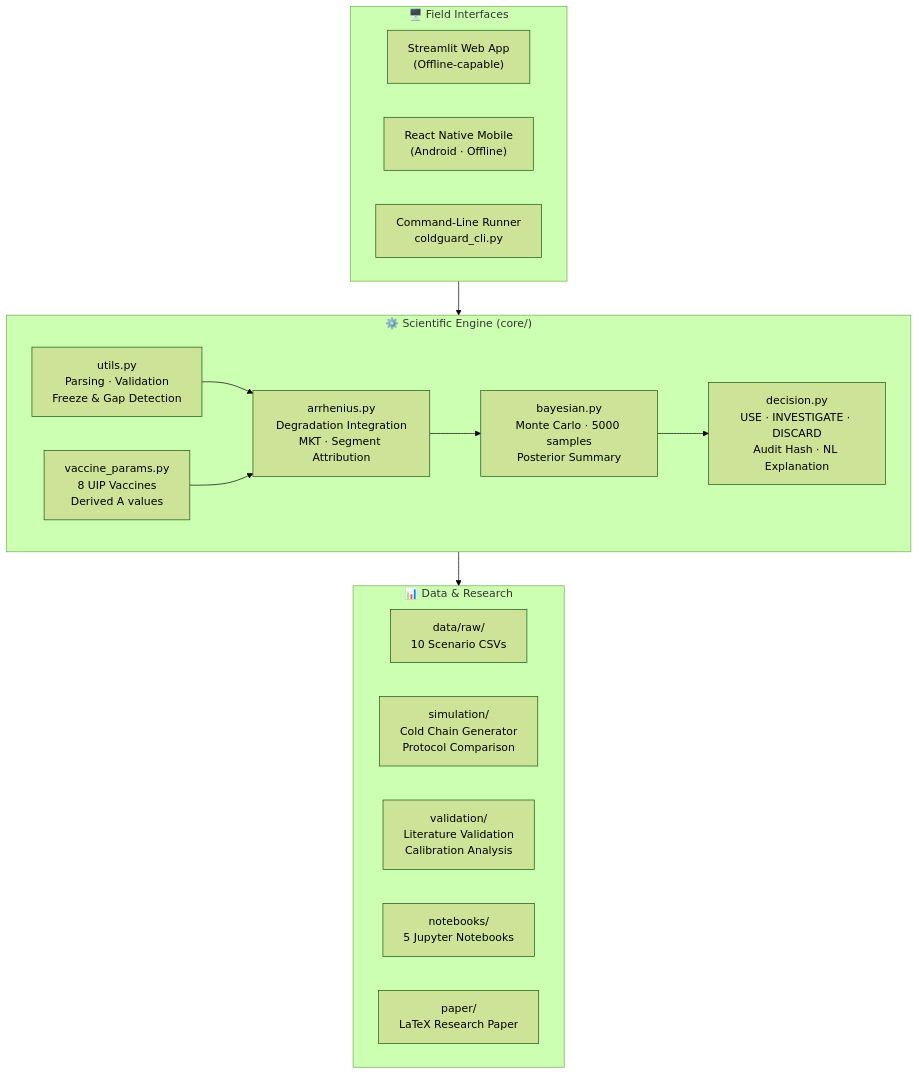
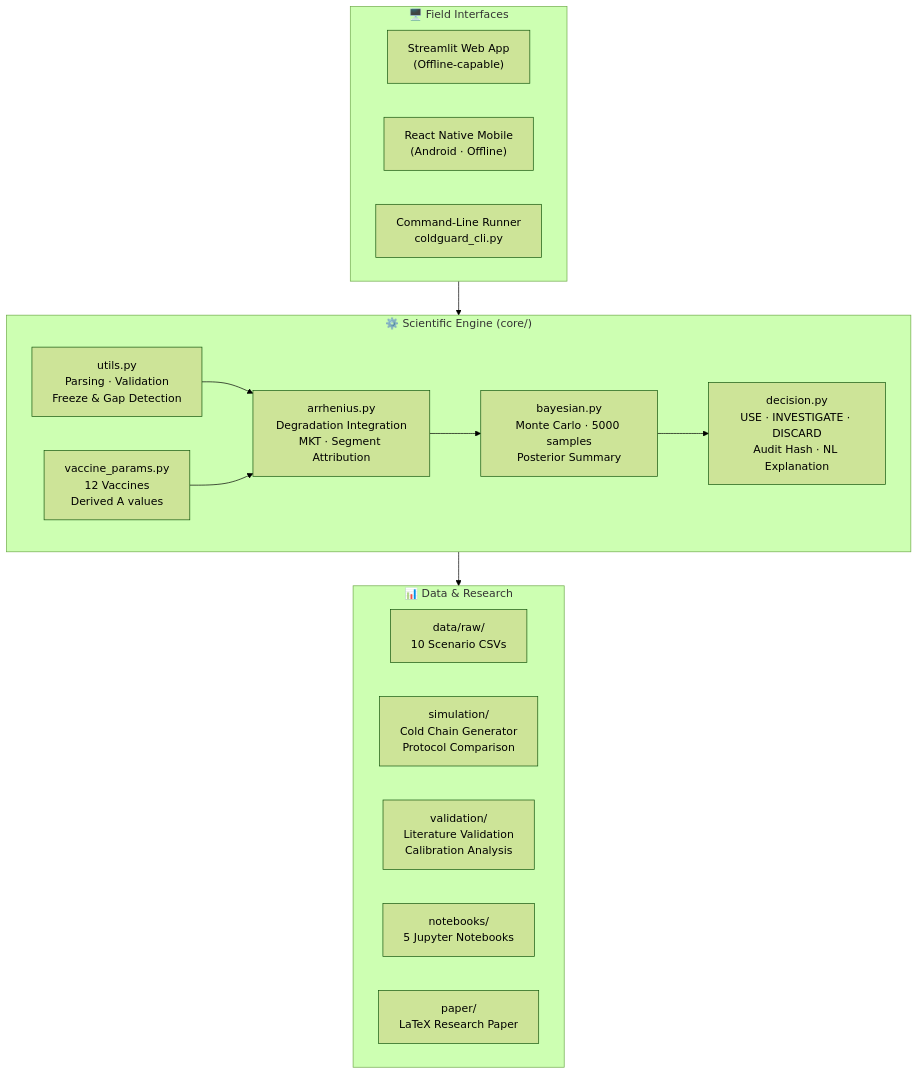
The second of 6 diagrams in README.md (Santhosh-zeta/ColdGuard), drawn with Mermaid (forest theme) before and after one commit. The commit also changed other lines of this file, not shown here.

First line of the commit message:
docs: update README to 12 vaccines, 45 tests, and open issues

````diff
--- a/README.md
+++ b/README.md
@@ -72,29 +72,29 @@
 ```mermaid
 graph TB
     subgraph INTERFACES["🖥️ Field Interfaces"]
         WEB["Streamlit Web App\n(Offline-capable)"]
         MOB["React Native Mobile\n(Android · Offline)"]
         CLI["Command-Line Runner\ncoldguard_cli.py"]
     end
 
     subgraph CORE["⚙️ Scientific Engine (core/)"]
         UTILS["utils.py\nParsing · Validation\nFreeze & Gap Detection"]
         ARR["arrhenius.py\nDegradation Integration\nMKT · Segment Attribution"]
         BAYES["bayesian.py\nMonte Carlo · 5000 samples\nPosterior Summary"]
         DEC["decision.py\nUSE · INVESTIGATE · DISCARD\nAudit Hash · NL Explanation"]
-        PARAMS["vaccine_params.py\n8 UIP Vaccines\nDerived A values"]
+        PARAMS["vaccine_params.py\n12 Vaccines\nDerived A values"]
     end
 
     subgraph DATA["📊 Data & Research"]
         RAW["data/raw/\n10 Scenario CSVs"]
         SIM["simulation/\nCold Chain Generator\nProtocol Comparison"]
         VAL["validation/\nLiterature Validation\nCalibration Analysis"]
         NB["notebooks/\n5 Jupyter Notebooks"]
         PAPER["paper/\nLaTeX Research Paper"]
     end
 
     INTERFACES --> CORE
     CORE --> DATA
     UTILS --> ARR --> BAYES --> DEC
     PARAMS --> ARR
 ```
````
